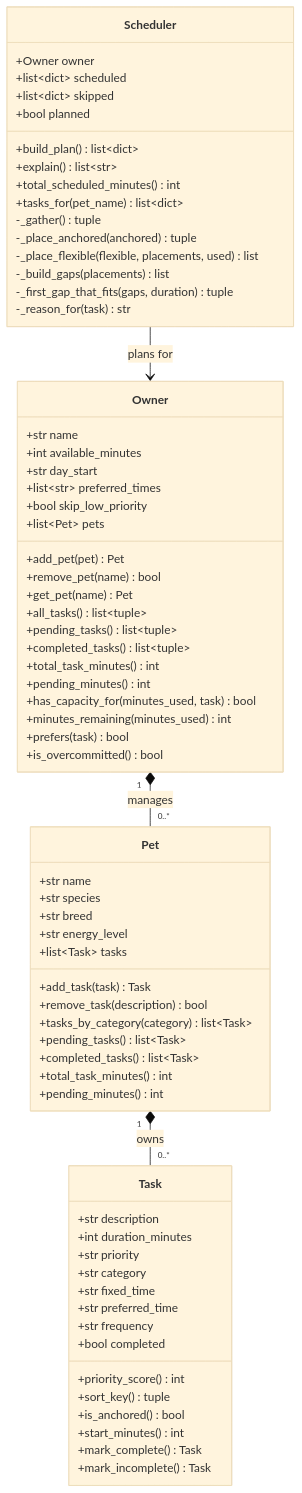
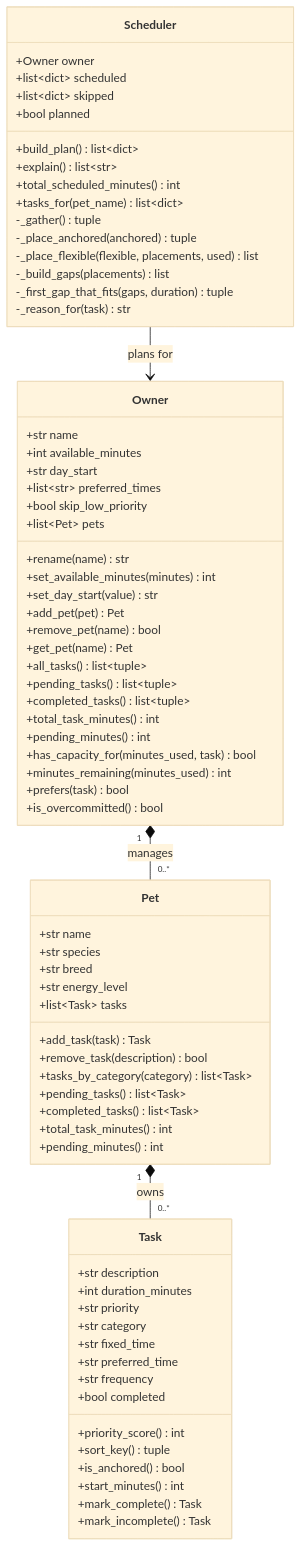
Before and after one commit to JayDaDIN/ai110-module2show-pawpal-starter: the diagram in diagrams/uml.mmd, drawn with Mermaid (base theme). The commit also changed 3 other files, not shown here.

```diff
--- a/diagrams/uml.mmd
+++ b/diagrams/uml.mmd
@@ -1,80 +1,83 @@
 classDiagram
     %% PawPal+ — four classes, one per core action of the system.
     %% Task tracks work, Owner manages pets and constraints, Scheduler plans.
     %% All four are Python @dataclass types, defined in pawpal_system.py.
     %% On Scheduler, `scheduled`, `skipped` and `planned` are results of
     %% build_plan(), not constructor parameters (field(init=False)).
 
     class Task {
         +str description
         +int duration_minutes
         +str priority
         +str category
         +str fixed_time
         +str preferred_time
         +str frequency
         +bool completed
         +priority_score() int
         +sort_key() tuple
         +is_anchored() bool
         +start_minutes() int
         +mark_complete() Task
         +mark_incomplete() Task
     }
 
     class Pet {
         +str name
         +str species
         +str breed
         +str energy_level
         +list~Task~ tasks
         +add_task(task) Task
         +remove_task(description) bool
         +tasks_by_category(category) list~Task~
         +pending_tasks() list~Task~
         +completed_tasks() list~Task~
         +total_task_minutes() int
         +pending_minutes() int
     }
 
     class Owner {
         +str name
         +int available_minutes
         +str day_start
         +list~str~ preferred_times
         +bool skip_low_priority
         +list~Pet~ pets
+        +rename(name) str
+        +set_available_minutes(minutes) int
+        +set_day_start(value) str
         +add_pet(pet) Pet
         +remove_pet(name) bool
         +get_pet(name) Pet
         +all_tasks() list~tuple~
         +pending_tasks() list~tuple~
         +completed_tasks() list~tuple~
         +total_task_minutes() int
         +pending_minutes() int
         +has_capacity_for(minutes_used, task) bool
         +minutes_remaining(minutes_used) int
         +prefers(task) bool
         +is_overcommitted() bool
     }
 
     class Scheduler {
         +Owner owner
         +list~dict~ scheduled
         +list~dict~ skipped
         +bool planned
         +build_plan() list~dict~
         +explain() list~str~
         +total_scheduled_minutes() int
         +tasks_for(pet_name) list~dict~
         -_gather() tuple
         -_place_anchored(anchored) tuple
         -_place_flexible(flexible, placements, used) list
         -_build_gaps(placements) list
         -_first_gap_that_fits(gaps, duration) tuple
         -_reason_for(task) str
     }
 
     Owner "1" *-- "0..*" Pet : manages
     Pet "1" *-- "0..*" Task : owns
     Scheduler --> Owner : plans for
```
